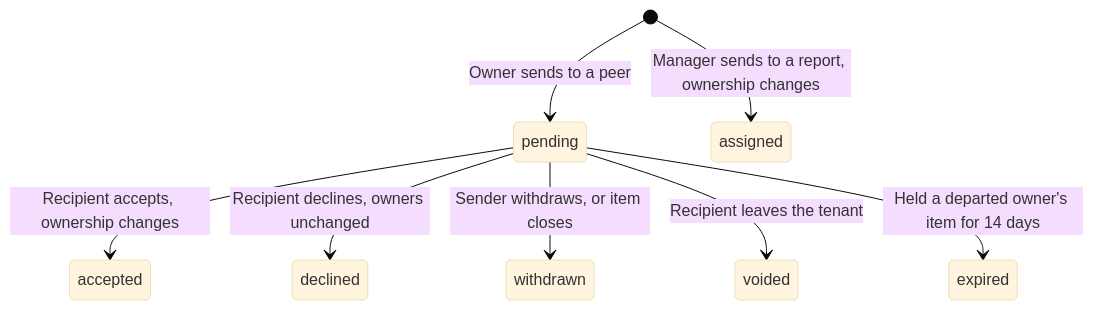
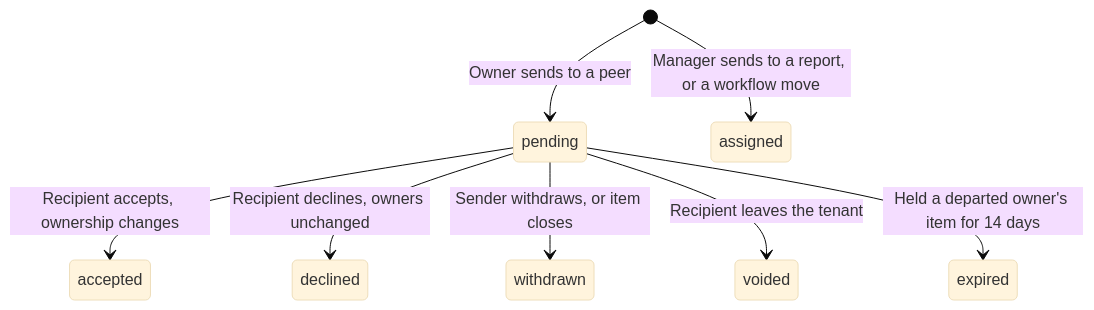
One commit to xiant10/t10-collab changed the first of 2 diagrams in docs/design.md. Above: the diagram before and after it, drawn with Mermaid (base theme). The commit also changed other lines of this file and 13 other files, not shown here.

````diff
--- a/docs/design.md
+++ b/docs/design.md
@@ -114,10 +82,10 @@
 ```mermaid
 stateDiagram-v2
   [*] --> pending: Owner sends to a peer
-  [*] --> assigned: Manager sends to a report, ownership changes
+  [*] --> assigned: Manager sends to a report, or a workflow move
   pending --> accepted: Recipient accepts, ownership changes
   pending --> declined: Recipient declines, owners unchanged
   pending --> withdrawn: Sender withdraws, or item closes
   pending --> voided: Recipient leaves the tenant
   pending --> expired: Held a departed owner's item for 14 days
 ```
````
